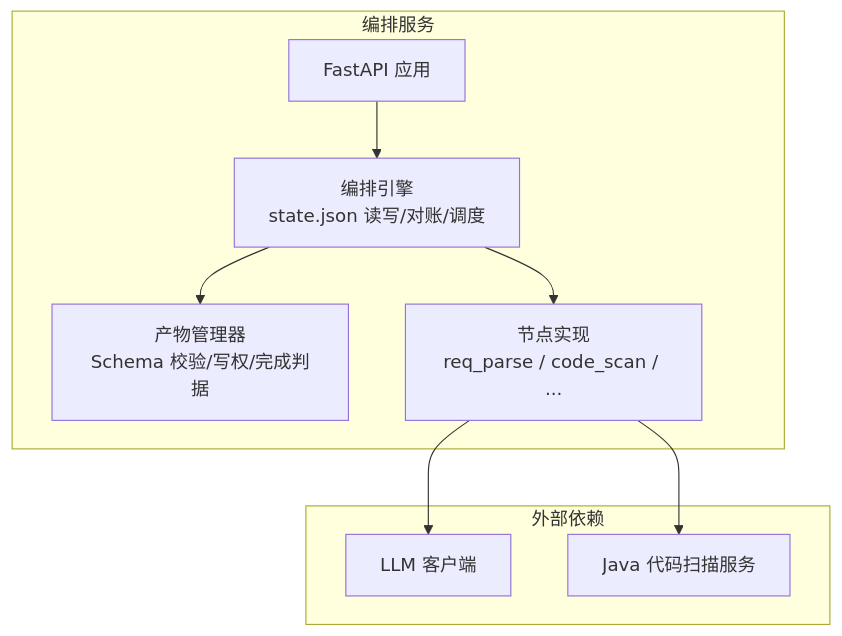
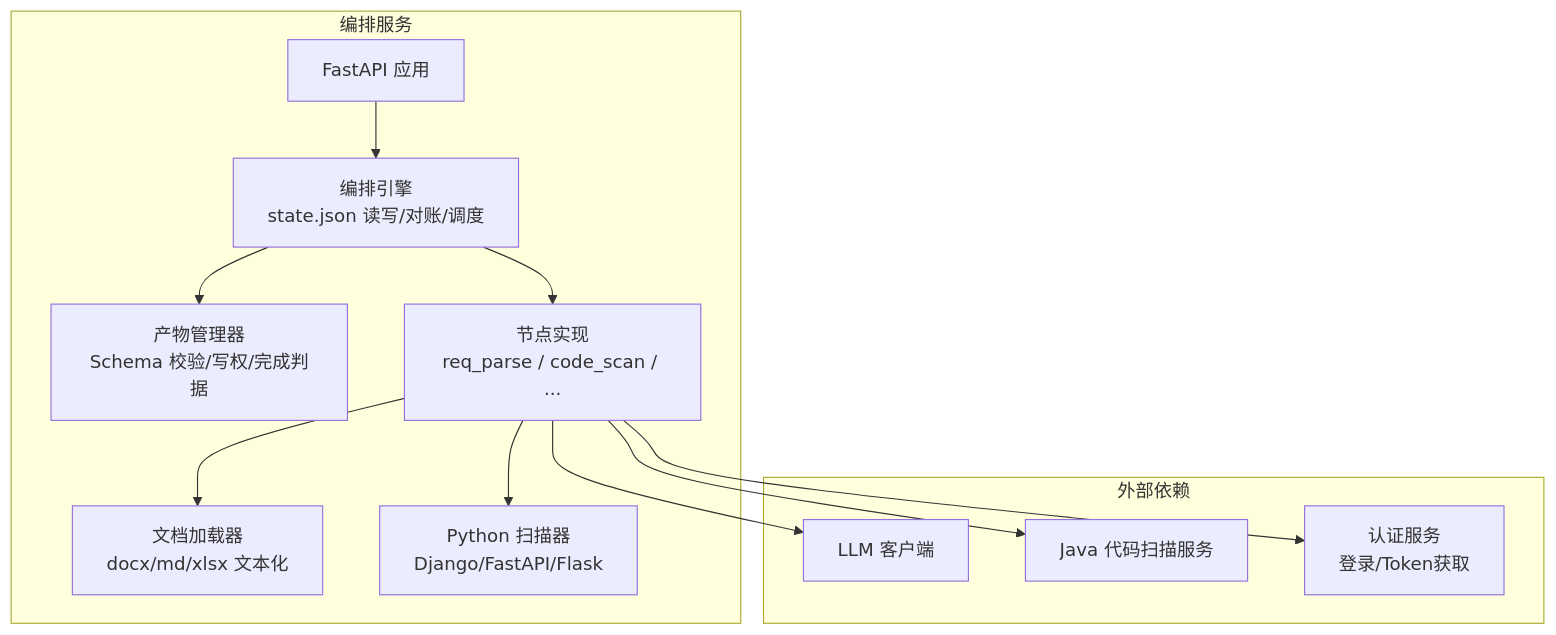
Before and after one commit to Joeyzheng001/LLM-AutoTest: the first of 11 diagrams in .qoder/repowiki/zh/content/项目概述/核心功能特性/核心功能特性.md, drawn with Mermaid. The commit also changed other lines of this file and 94 other files, not shown here.

````diff
--- a/.qoder/repowiki/zh/content/项目概述/核心功能特性/核心功能特性.md
+++ b/.qoder/repowiki/zh/content/项目概述/核心功能特性/核心功能特性.md
@@ -42,18 +61,24 @@
 ```mermaid
 graph TB
 subgraph "编排服务"
 API["FastAPI 应用"]
 Engine["编排引擎<br/>state.json 读写/对账/调度"]
 Artifacts["产物管理器<br/>Schema 校验/写权/完成判据"]
 Nodes["节点实现<br/>req_parse / code_scan / ..."]
+DocLoader["文档加载器<br/>docx/md/xlsx 文本化"]
+PyScanner["Python 扫描器<br/>Django/FastAPI/Flask"]
 end
 subgraph "外部依赖"
 LLM["LLM 客户端"]
 JavaParser["Java 代码扫描服务"]
+AuthService["认证服务<br/>登录/Token获取"]
 end
 API --> Engine
 Engine --> Artifacts
 Engine --> Nodes
 Nodes --> LLM
 Nodes --> JavaParser
+Nodes --> DocLoader
+Nodes --> PyScanner
+Nodes --> AuthService
 ```
````
